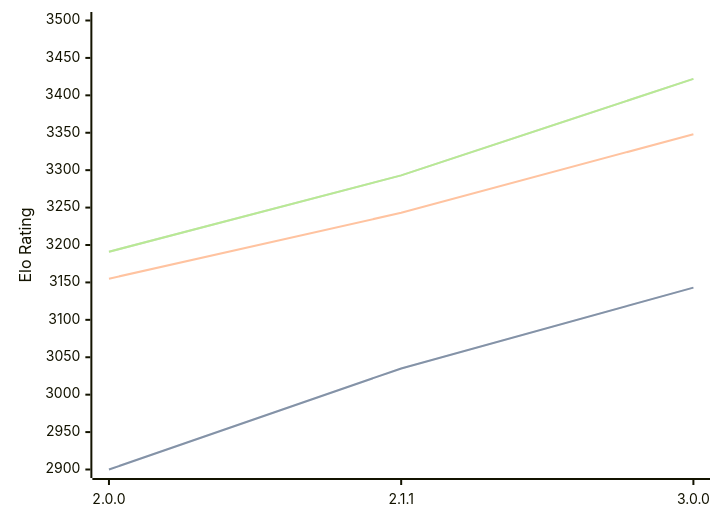
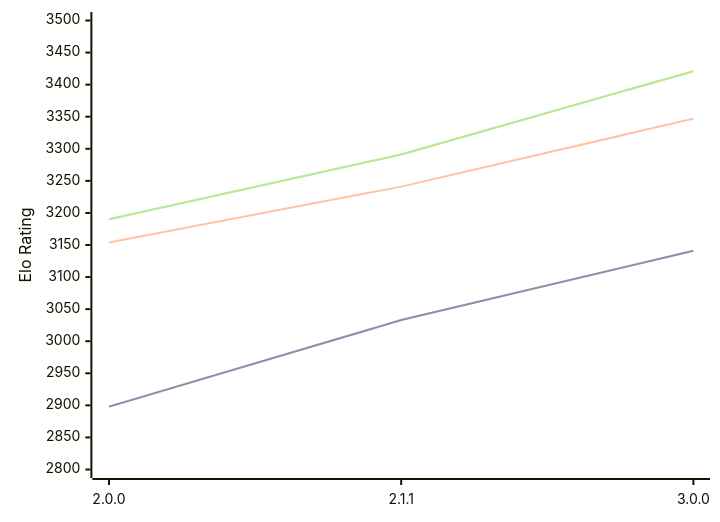
The diagram in engines/Bread.md (computer-chess-index/cci), drawn with Mermaid before and after one commit. The commit also changed other lines of this file, not shown here.

Commit message:
Update CCI Ratings (ELO VLTC) - 2026-04-26

````diff
--- a/engines/Bread.md
+++ b/engines/Bread.md
@@ -51,11 +51,11 @@
 ```mermaid
 %%{init: {"theme":"base","themeVariables":{"seriesColors:['#a3a3a3','#222221','#faa371']}}}%%
 xychart-beta
   x-axis ["2.0.0", "2.1.1", "3.0.0"]
-  y-axis "Elo Rating" 2900 --> 3500
-  line "STC (8.0+0.08s)" [2900, 3035, 3143]
-  line "STC (8.0+0.08s)" [2900, 3035, 3143]
-  line "LTC (60.0+0.60s)" [3155, 3243, 3348]
-  line "VLTC (2m24s+1.12s)" [3191, 3293, 3422]
-  line "VLTC (2m24s+1.12s)" [3191, 3293, 3422]
+  y-axis "Elo Rating" 2800 --> 3500
+  line "STC (8.0+0.08s)" [2898, 3033, 3141]
+  line "STC (8.0+0.08s)" [2898, 3033, 3141]
+  line "LTC (60.0+0.60s)" [3154, 3241, 3347]
+  line "VLTC (2m24s+1.12s)" [3190, 3291, 3421]
+  line "VLTC (2m24s+1.12s)" [3190, 3291, 3421]
 ```
````
